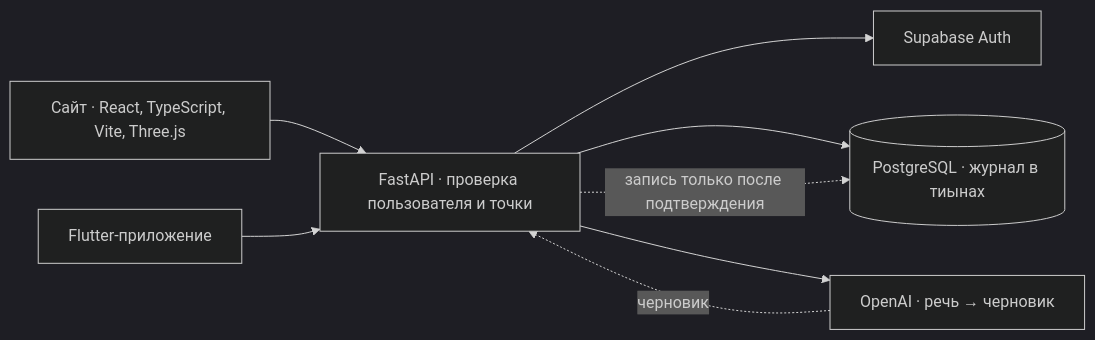
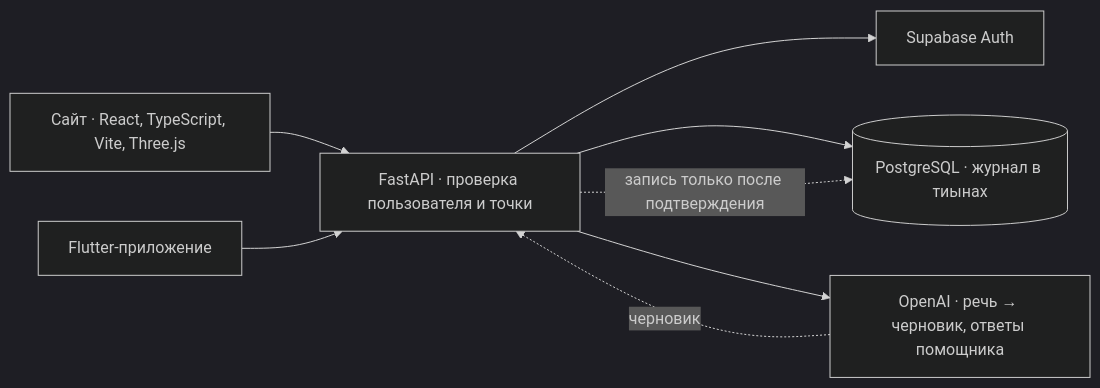
One commit to foxfordkz-cyber/qadamx-taraz changed the first of 2 diagrams in README.md. Above: the diagram before and after it, drawn with Mermaid (dark theme). The commit also changed other lines of this file and 2 other files, not shown here.

````diff
--- a/README.md
+++ b/README.md
@@ -108,10 +140,10 @@
 ```mermaid
 flowchart LR
   Web["Сайт · React, TypeScript, Vite, Three.js"] --> API
   App["Flutter-приложение"] --> API
   API["FastAPI · проверка пользователя и точки"] --> Auth["Supabase Auth"]
   API --> DB[("PostgreSQL · журнал в тиынах")]
-  API --> AI["OpenAI · речь → черновик"]
+  API --> AI["OpenAI · речь → черновик, ответы помощника"]
   AI -. "черновик" .-> API
   API -. "запись только после подтверждения" .-> DB
 ```
````
